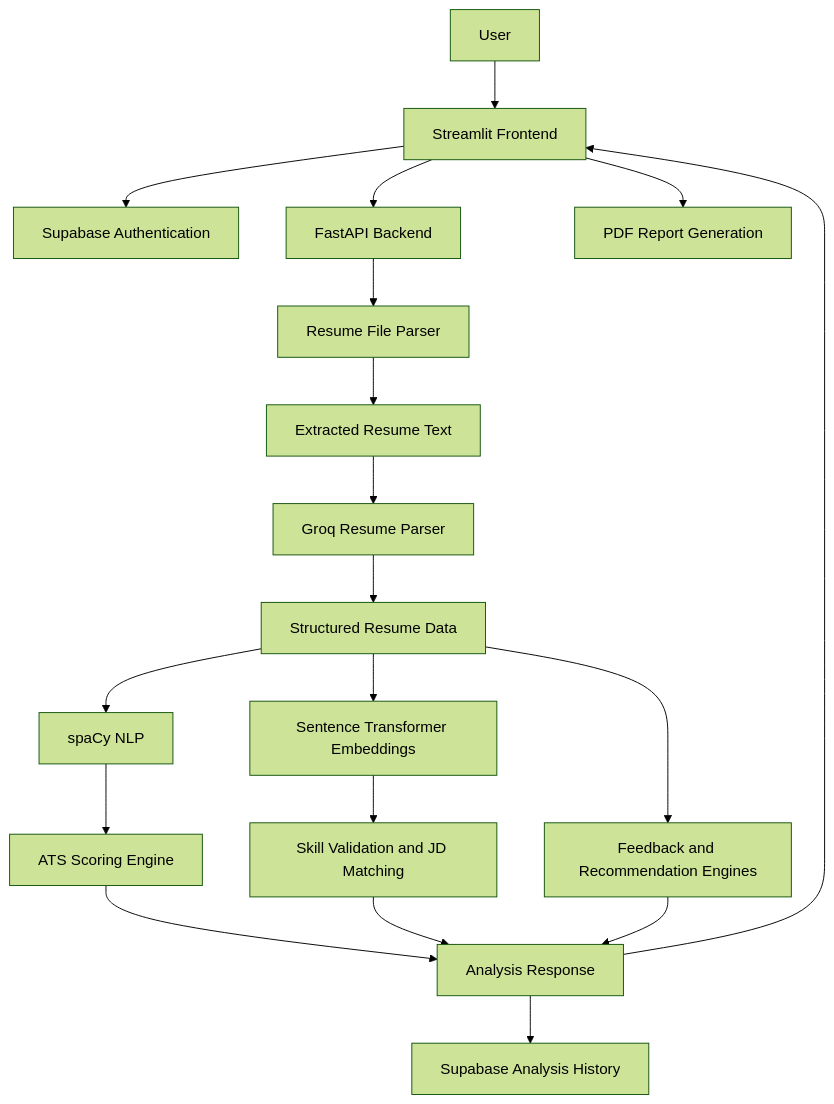
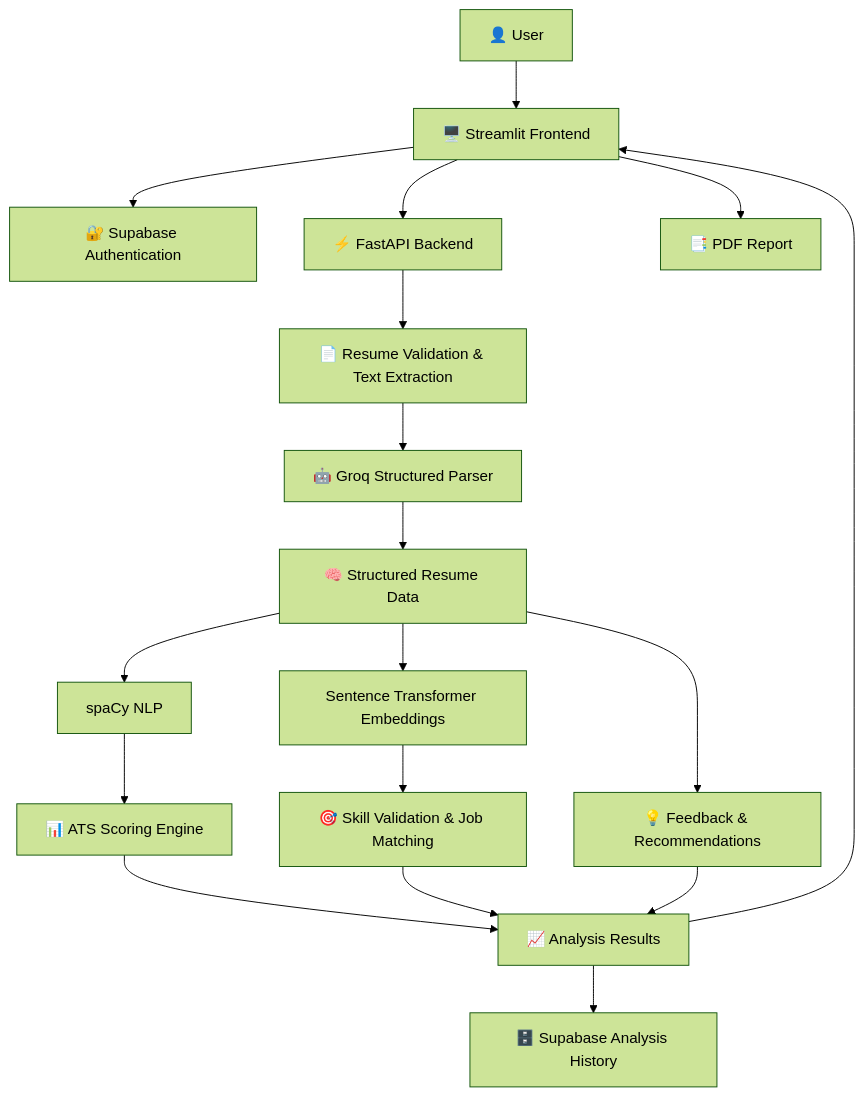
The diagram in README.md (dileepkumar2626/ATS_Scorer_App), drawn with Mermaid (forest theme) before and after one commit. The commit also changed other lines of this file, not shown here.

````diff
--- a/README.md
+++ b/README.md
@@ -122,21 +136,20 @@
 ```mermaid
 flowchart TD
-    U[User] --> UI[Streamlit Frontend]
-    UI --> AUTH[Supabase Authentication]
-    UI --> API[FastAPI Backend]
-    API --> FILE[Resume File Parser]
-    FILE --> TEXT[Extracted Resume Text]
-    TEXT --> LLM[Groq Resume Parser]
-    LLM --> STRUCT[Structured Resume Data]
-    STRUCT --> NLP[spaCy NLP]
-    STRUCT --> EMB[Sentence Transformer Embeddings]
-    NLP --> SCORE[ATS Scoring Engine]
-    EMB --> VALIDATE[Skill Validation and JD Matching]
-    STRUCT --> FEEDBACK[Feedback and Recommendation Engines]
-    SCORE --> RESULT[Analysis Response]
-    VALIDATE --> RESULT
-    FEEDBACK --> RESULT
-    RESULT --> DB[Supabase Analysis History]
-    RESULT --> UI
-    UI --> PDF[PDF Report Generation]
+    A["👤 User"] --> B["🖥️ Streamlit Frontend"]
+    B --> C["🔐 Supabase Authentication"]
+    B --> D["⚡ FastAPI Backend"]
+    D --> E["📄 Resume Validation & Text Extraction"]
+    E --> F["🤖 Groq Structured Parser"]
+    F --> G["🧠 Structured Resume Data"]
+    G --> H["spaCy NLP"]
+    G --> I["Sentence Transformer Embeddings"]
+    H --> J["📊 ATS Scoring Engine"]
+    I --> K["🎯 Skill Validation & Job Matching"]
+    G --> L["💡 Feedback & Recommendations"]
+    J --> M["📈 Analysis Results"]
+    K --> M
+    L --> M
+    M --> N["🗄️ Supabase Analysis History"]
+    M --> B
+    B --> O["📑 PDF Report"]
 ```
````
